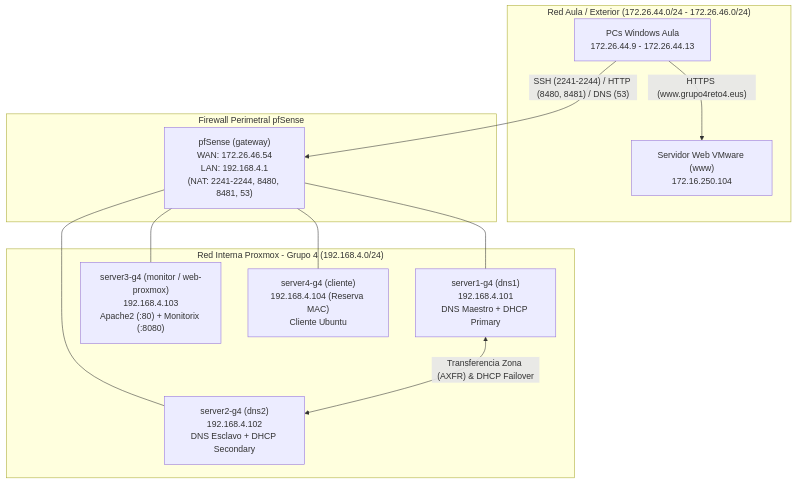
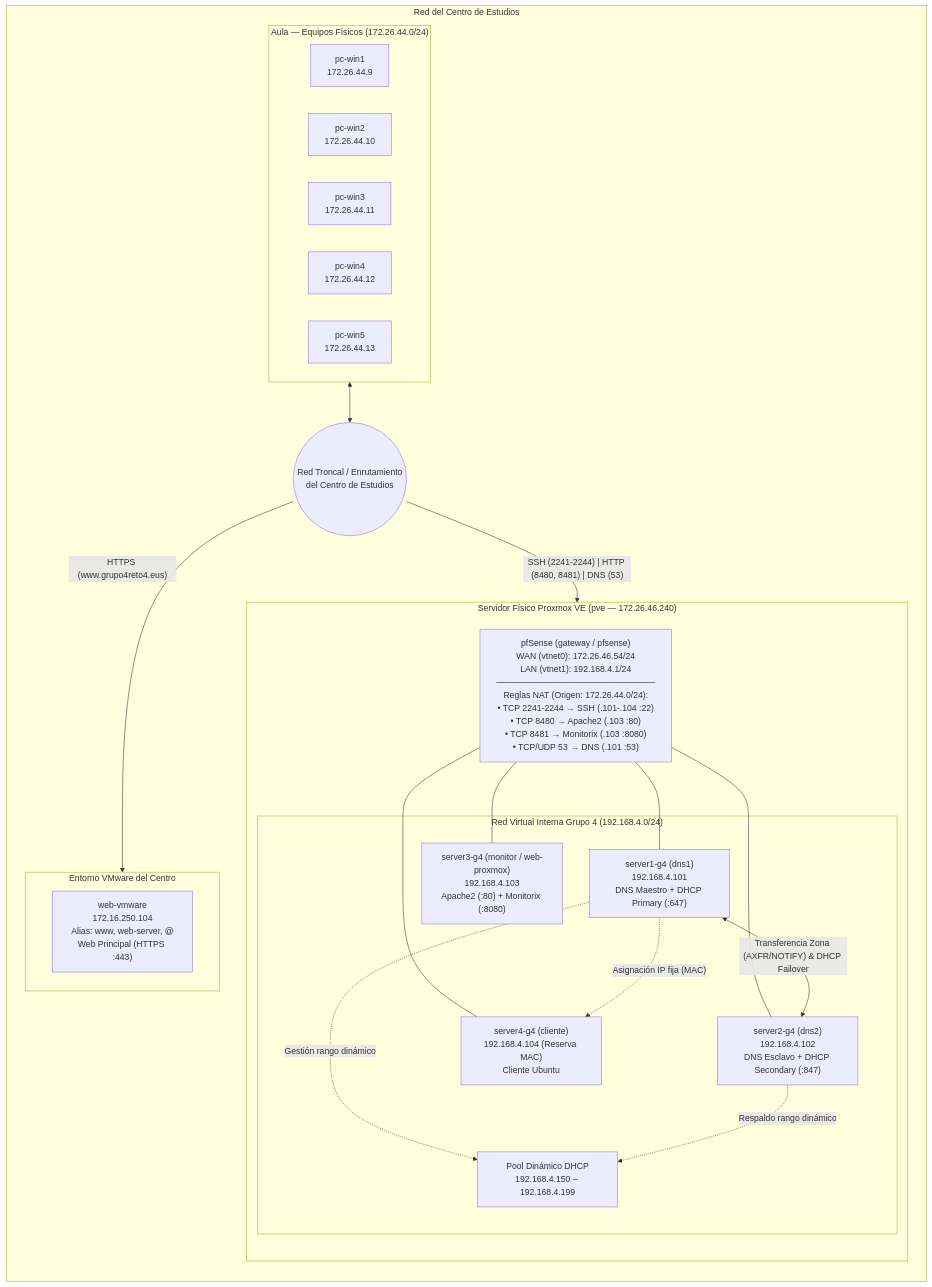
The diagram in README.md (martinavisasir/reto4-sri-grupo4), drawn with Mermaid before and after one commit. The commit also changed other lines of this file, not shown here.

Commit message:
Revise network topology and add logical description
Updated network topology diagram and logical description in README.

````diff
--- a/README.md
+++ b/README.md
@@ -29,26 +29,48 @@
 ```mermaid
 flowchart TB
-    subgraph AULA["Red Aula / Exterior (172.26.44.0/24 - 172.26.46.0/24)"]
-        PC["PCs Windows Aula<br/>172.26.44.9 - 172.26.44.13"]
-        VMW["Servidor Web VMware (www)<br/>172.16.250.104"]
+    subgraph CENTRO["Red del Centro de Estudios"]
+        direction TB
+
+        subgraph AULA["Aula — Equipos Físicos (172.26.44.0/24)"]
+            direction LR
+            W1["pc-win1<br/>172.26.44.9"]
+            W2["pc-win2<br/>172.26.44.10"]
+            W3["pc-win3<br/>172.26.44.11"]
+            W4["pc-win4<br/>172.26.44.12"]
+            W5["pc-win5<br/>172.26.44.13"]
+        end
+
+        CORE(("Red Troncal / Enrutamiento<br/>del Centro de Estudios"))
+
+        subgraph VMWARE["Entorno VMware del Centro"]
+            VMW["web-vmware<br/>172.16.250.104<br/>Alias: www, web-server, @<br/>Web Principal (HTTPS :443)"]
+        end
+
+        subgraph PVE["Servidor Físico Proxmox VE (pve — 172.26.46.240)"]
+            direction TB
+            FW["pfSense (gateway / pfsense)<br/>WAN (vtnet0): 172.26.46.54/24<br/>LAN (vtnet1): 192.168.4.1/24<br/>──────────────────────────<br/>Reglas NAT (Origen: 172.26.44.0/24):<br/>• TCP 2241-2244 → SSH (.101-.104 :22)<br/>• TCP 8480 → Apache2 (.103 :80)<br/>• TCP 8481 → Monitorix (.103 :8080)<br/>• TCP/UDP 53 → DNS (.101 :53)"]
+
+            subgraph LAN["Red Virtual Interna Grupo 4 (192.168.4.0/24)"]
+                S1["server1-g4 (dns1)<br/>192.168.4.101<br/>DNS Maestro + DHCP Primary (:647)"]
+                S2["server2-g4 (dns2)<br/>192.168.4.102<br/>DNS Esclavo + DHCP Secondary (:847)"]
+                S3["server3-g4 (monitor / web-proxmox)<br/>192.168.4.103<br/>Apache2 (:80) + Monitorix (:8080)"]
+                S4["server4-g4 (cliente)<br/>192.168.4.104 (Reserva MAC)<br/>Cliente Ubuntu"]
+                POOL["Pool Dinámico DHCP<br/>192.168.4.150 – 192.168.4.199"]
+            end
+        end
+
+        AULA <--> CORE
+        CORE -- "HTTPS (www.grupo4reto4.eus)" --> VMWARE
+        CORE -- "SSH (2241-2244) | HTTP (8480, 8481) | DNS (53)" --> FW
+
+        FW --- S1
+        FW --- S2
+        FW --- S3
+        FW --- S4
+
+        S1 <-- "Transferencia Zona (AXFR/NOTIFY) & DHCP Failover" --> S2
+        S1 -. "Asignación IP fija (MAC)" .-> S4
+        S1 -. "Gestión rango dinámico" .-> POOL
+        S2 -. "Respaldo rango dinámico" .-> POOL
     end
-
-    subgraph PFS["Firewall Perimetral pfSense"]
-        FW["pfSense (gateway)<br/>WAN: 172.26.46.54<br/>LAN: 192.168.4.1<br/>(NAT: 2241-2244, 8480, 8481, 53)"]
-    end
-
-    subgraph LAN["Red Interna Proxmox - Grupo 4 (192.168.4.0/24)"]
-        S1["server1-g4 (dns1)<br/>192.168.4.101<br/>DNS Maestro + DHCP Primary"]
-        S2["server2-g4 (dns2)<br/>192.168.4.102<br/>DNS Esclavo + DHCP Secondary"]
-        S3["server3-g4 (monitor / web-proxmox)<br/>192.168.4.103<br/>Apache2 (:80) + Monitorix (:8080)"]
-        S4["server4-g4 (cliente)<br/>192.168.4.104 (Reserva MAC)<br/>Cliente Ubuntu"]
-    end
-
-    PC -- "SSH (2241-2244) / HTTP (8480, 8481) / DNS (53)" --> FW
-    PC -- "HTTPS (www.grupo4reto4.eus)" --> VMW
-    FW --- S1
-    FW --- S2
-    FW --- S3
-    FW --- S4
-    S1 <-- "Transferencia Zona (AXFR) & DHCP Failover" --> S2
 ```
````
